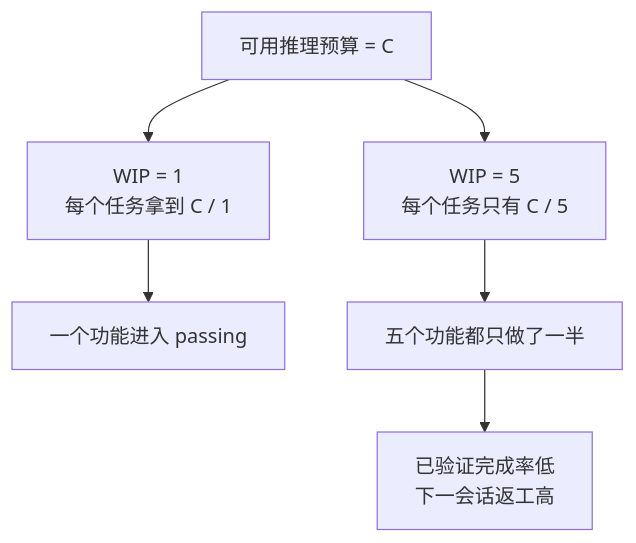
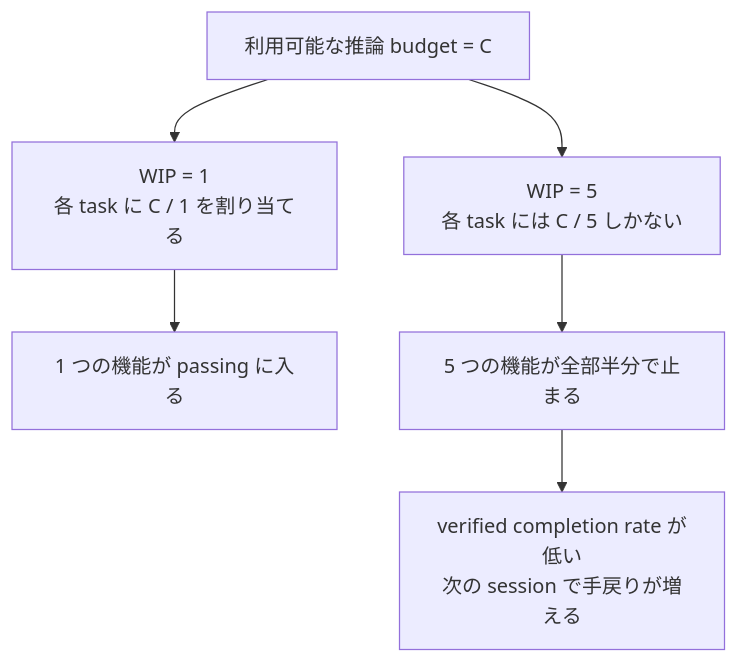
The second of 2 diagrams in docs/zh/lectures/lecture-07-why-agents-overreach-and-under-finish/index.md (mkusaka/learn-harness-engineering), drawn with Mermaid before and after one commit. The commit also changed other lines of this file and 571 other files, not shown here.

````diff
--- a/docs/zh/lectures/lecture-07-why-agents-overreach-and-under-finish/index.md
+++ b/docs/zh/lectures/lecture-07-why-agents-overreach-and-under-finish/index.md
@@ -43,9 +43,9 @@
 ```mermaid
 flowchart TB
-    Budget["可用推理预算 = C"] --> One["WIP = 1<br/>每个任务拿到 C / 1"]
-    Budget --> Many["WIP = 5<br/>每个任务只有 C / 5"]
+    Budget["利用可能な推論 budget = C"] --> One["WIP = 1<br/>各 task に C / 1 を割り当てる"]
+    Budget --> Many["WIP = 5<br/>各 task には C / 5 しかない"]
 
-    One --> Finish["一个功能进入 passing"]
-    Many --> Partial["五个功能都只做了一半"]
-    Partial --> VCR["已验证完成率低<br/>下一会话返工高"]
+    One --> Finish["1 つの機能が passing に入る"]
+    Many --> Partial["5 つの機能が全部半分で止まる"]
+    Partial --> VCR["verified completion rate が低い<br/>次の session で手戻りが増える"]
 ```
````
